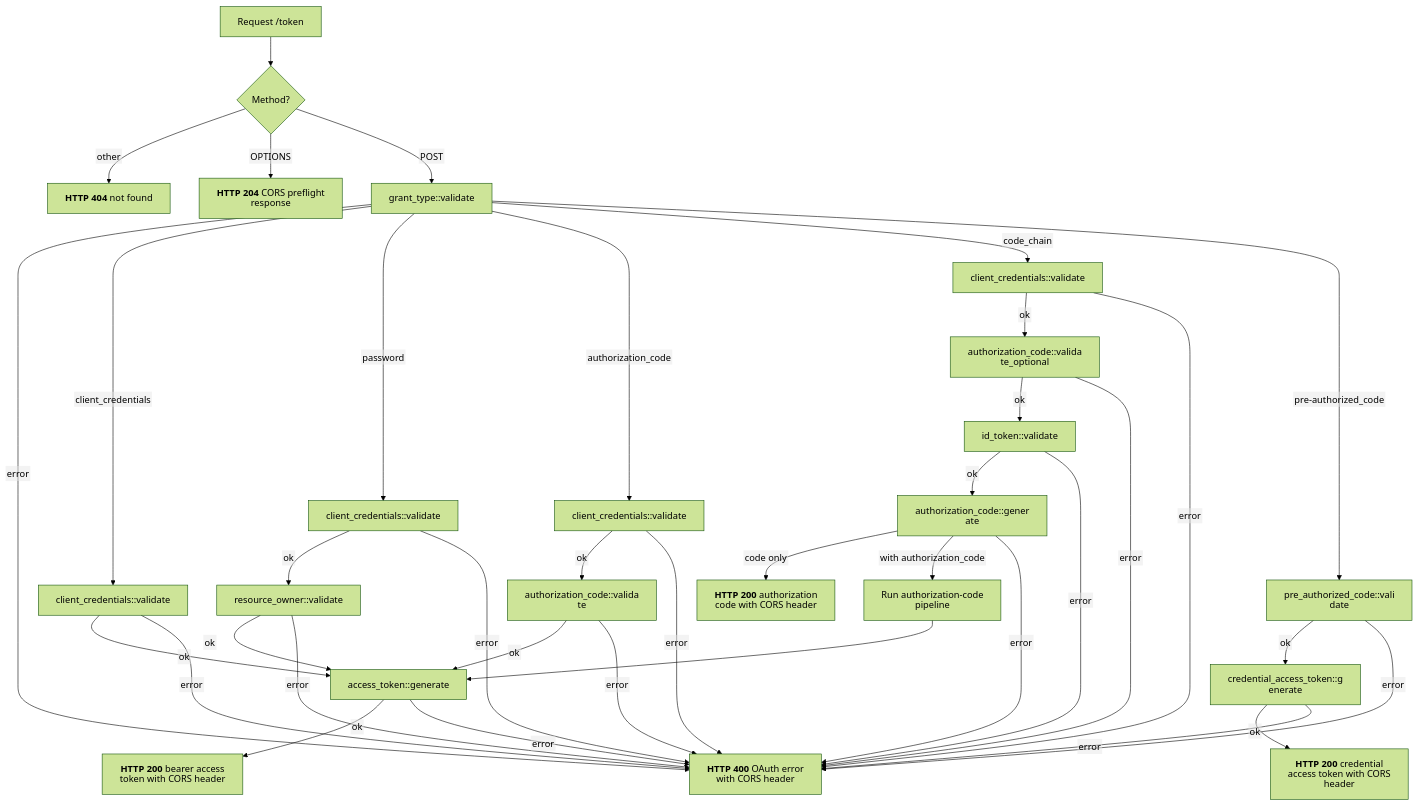
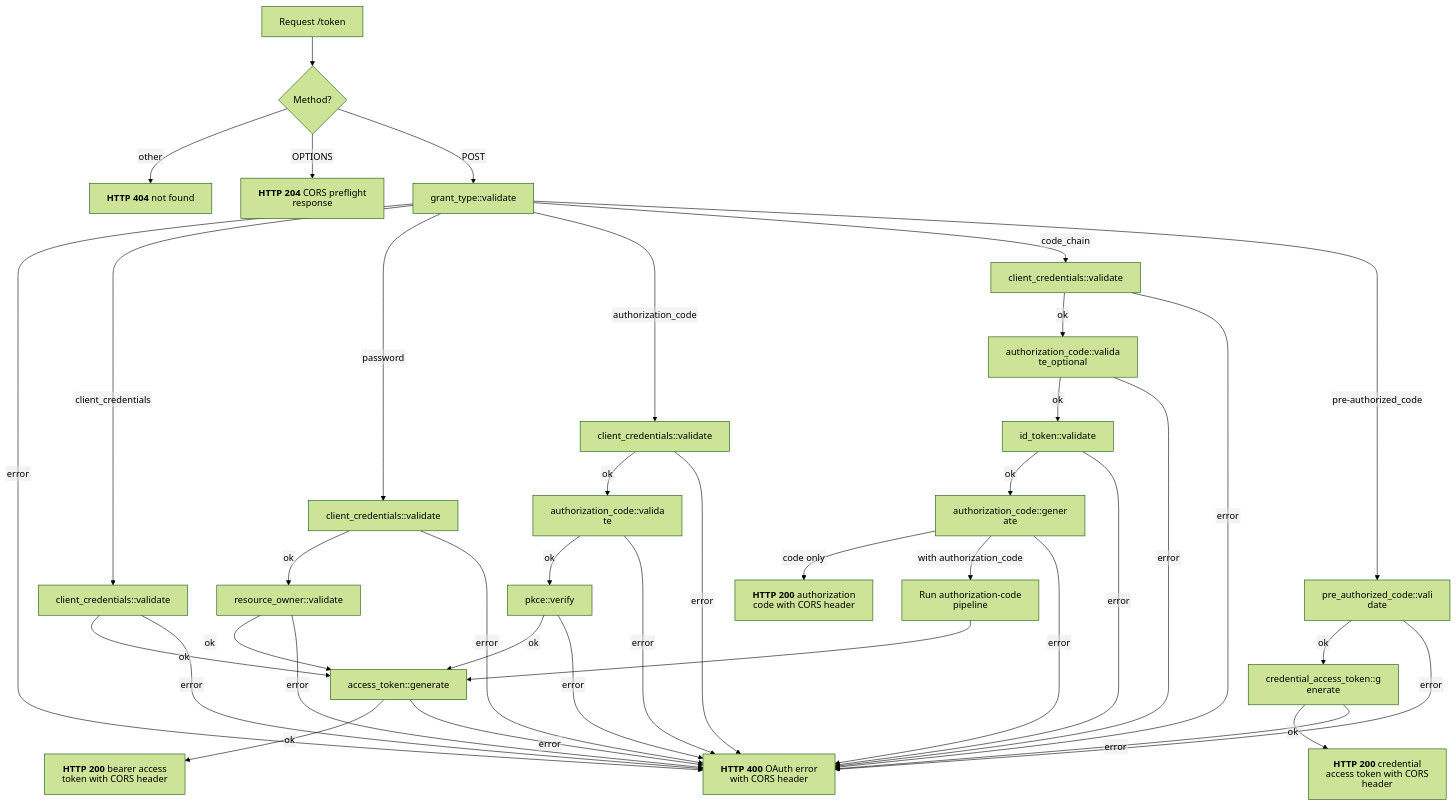
The diagram in docs/flows/oauth/token_endpoint.mmd (malach-it/kagome), drawn with Mermaid (forest theme) before and after one commit. The commit also changed 38 other files, not shown here.

```diff
--- a/docs/flows/oauth/token_endpoint.mmd
+++ b/docs/flows/oauth/token_endpoint.mmd
@@ -1,38 +1,40 @@
 %%{init: {"htmlLabels": false, "flowchart": {"htmlLabels": false}}}%%
 flowchart TD
     start[Request /token] --> method{Method?}
     method -- other --> not_found["`**HTTP 404** not found`"]
     method -- OPTIONS --> preflight["`**HTTP 204** CORS preflight response`"]
     method -- POST --> grant["grant_type::validate"]
     grant -- error --> oauth_error["`**HTTP 400** OAuth error with CORS header`"]
     grant -- client_credentials --> client["client_credentials::validate"]
     grant -- password --> password_client["client_credentials::validate"]
     password_client -- ok --> owner["resource_owner::validate"]
     grant -- authorization_code --> code_client["client_credentials::validate"]
     code_client -- ok --> code["authorization_code::validate"]
+    code -- ok --> pkce["pkce::verify"]
     grant -- code_chain --> chain_client["client_credentials::validate"]
     chain_client -- ok --> previous["authorization_code::validate_optional"]
     previous -- ok --> id_token["id_token::validate"]
     id_token -- ok --> issue["authorization_code::generate"]
     grant -- pre-authorized_code --> pre_code["pre_authorized_code::validate"]
     pre_code -- ok --> credential_access["credential_access_token::generate"]
     client -- ok --> access["access_token::generate"]
     owner -- ok --> access
-    code -- ok --> access
+    pkce -- ok --> access
     issue -- code only --> code_success["`**HTTP 200** authorization code with CORS header`"]
     issue -- with authorization_code --> exchange[Run authorization-code pipeline]
     exchange --> access
     credential_access -- ok --> credential_access_success["`**HTTP 200** credential access token with CORS header`"]
     access -- ok --> access_success["`**HTTP 200** bearer access token with CORS header`"]
     client -- error --> oauth_error
     password_client -- error --> oauth_error
     owner -- error --> oauth_error
     code_client -- error --> oauth_error
     code -- error --> oauth_error
+    pkce -- error --> oauth_error
     chain_client -- error --> oauth_error
     previous -- error --> oauth_error
     id_token -- error --> oauth_error
     issue -- error --> oauth_error
     pre_code -- error --> oauth_error
     credential_access -- error --> oauth_error
     access -- error --> oauth_error
```
